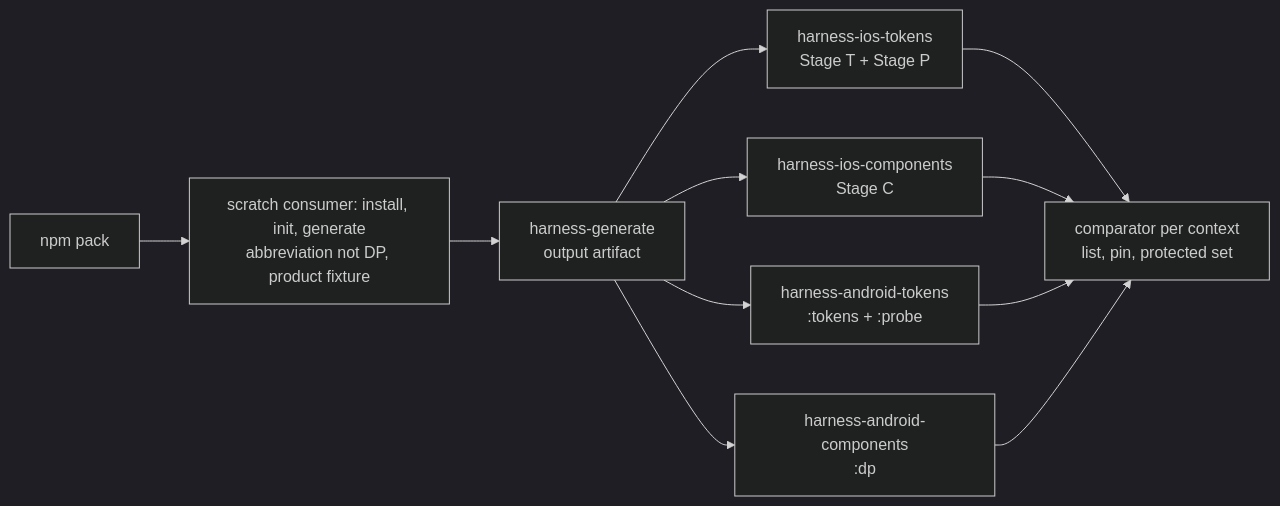
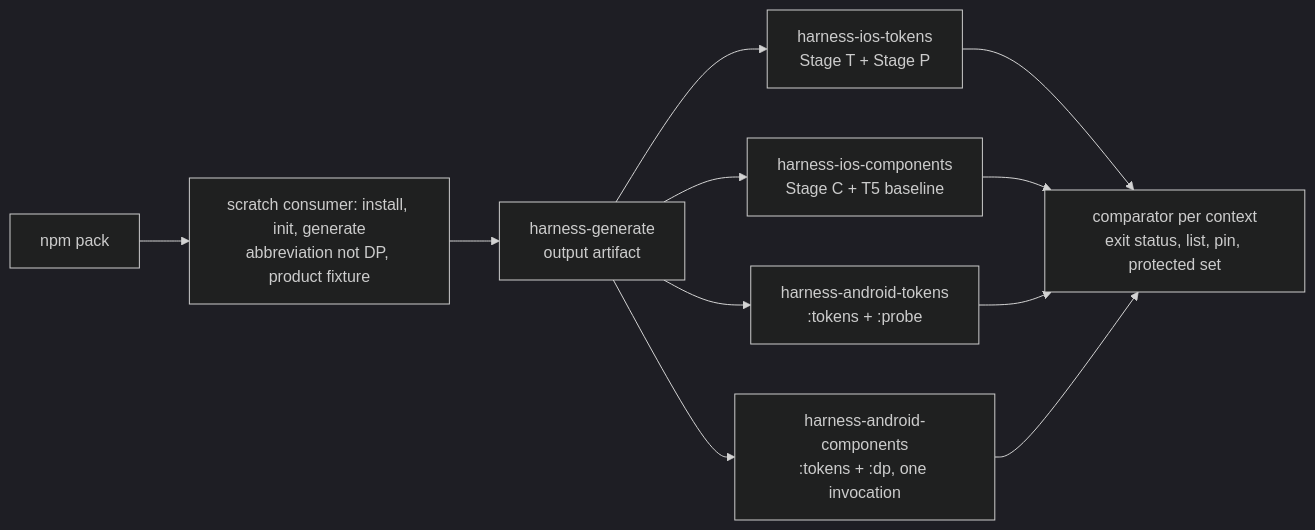
One commit to 3fn/DesignerPunk changed the diagram in .kiro/specs/129-consumer-generation-completeness/design.md. Above: the diagram before and after it, drawn with Mermaid (dark theme). The commit also changed other lines of this file and 2 other files, not shown here.

````diff
--- a/.kiro/specs/129-consumer-generation-completeness/design.md
+++ b/.kiro/specs/129-consumer-generation-completeness/design.md
@@ -46,10 +49,10 @@
 ```mermaid
 flowchart LR
     P[npm pack] --> I[scratch consumer: install, init, generate<br/>abbreviation not DP, product fixture]
     I --> G[harness-generate<br/>output artifact]
     G --> T1[harness-ios-tokens<br/>Stage T + Stage P]
-    G --> C1[harness-ios-components<br/>Stage C]
+    G --> C1[harness-ios-components<br/>Stage C + T5 baseline]
     G --> T2[harness-android-tokens<br/>:tokens + :probe]
-    G --> C2[harness-android-components<br/>:dp]
-    T1 & C1 & T2 & C2 --> X[comparator per context<br/>list, pin, protected set]
+    G --> C2[harness-android-components<br/>:tokens + :dp, one invocation]
+    T1 & C1 & T2 & C2 --> X[comparator per context<br/>exit status, list, pin, protected set]
 ```
````
